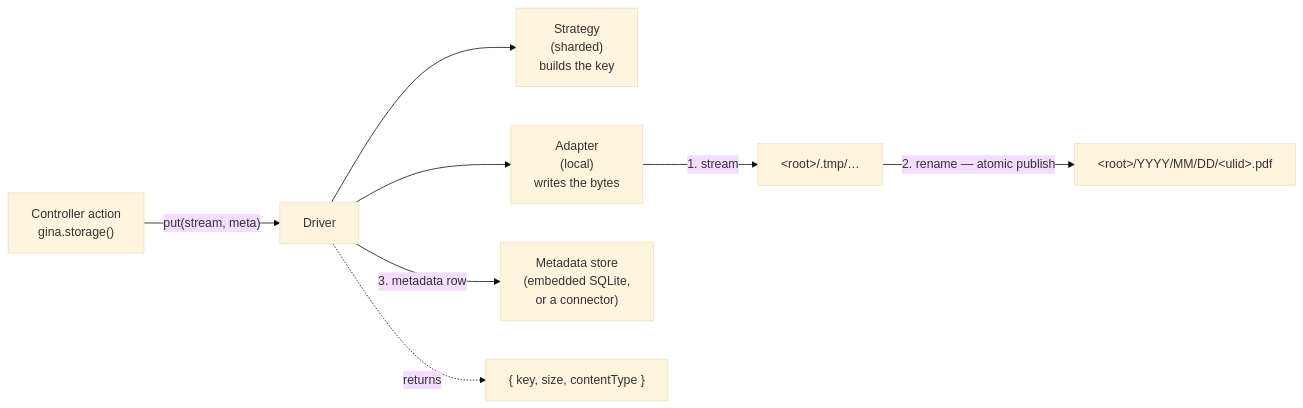
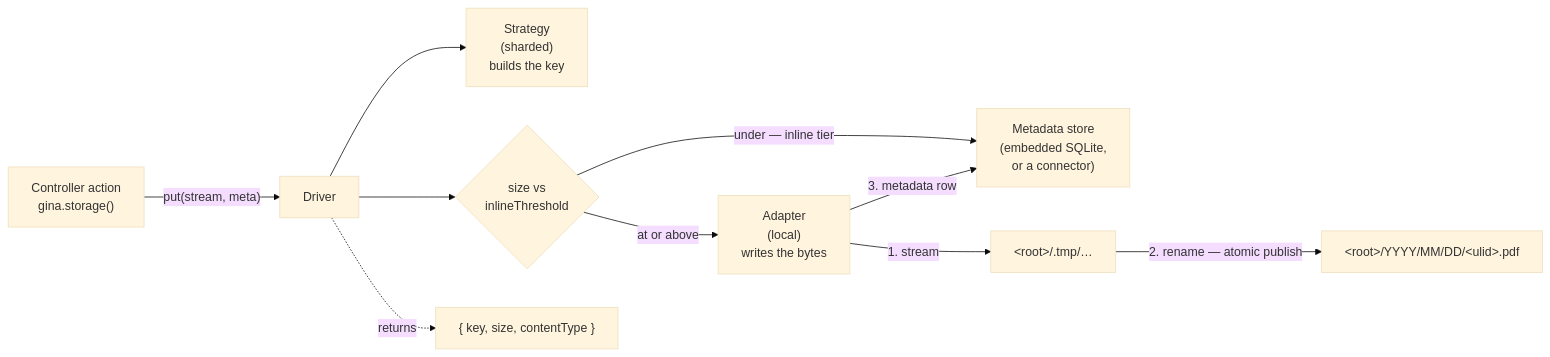
Before and after one commit to gina-io/docs: the diagram in docs/guides/storage.md, drawn with Mermaid (base theme). The commit also changed other lines of this file and 2 other files, not shown here.

Commit message:
Documenting storage size tiering: threshold config, inline-tier semantics, durability scope and the migration note

````diff
--- a/docs/guides/storage.md
+++ b/docs/guides/storage.md
@@ -28,10 +28,12 @@
 ```mermaid
 flowchart LR
     A["Controller action<br/>gina.storage()"] -->|"put(stream, meta)"| D[Driver]
     D --> S["Strategy<br/>(sharded)<br/>builds the key"]
-    D --> AD["Adapter<br/>(local)<br/>writes the bytes"]
+    D --> Q{"size vs<br/>inlineThreshold"}
+    Q -->|"under — inline tier"| M["Metadata store<br/>(embedded SQLite,<br/>or a connector)"]
+    Q -->|"at or above"| AD["Adapter<br/>(local)<br/>writes the bytes"]
     AD -->|"1. stream"| T["&lt;root&gt;/.tmp/…"]
     T -->|"2. rename — atomic publish"| F["&lt;root&gt;/YYYY/MM/DD/&lt;ulid&gt;.pdf"]
-    D -->|"3. metadata row"| M["Metadata store<br/>(embedded SQLite,<br/>or a connector)"]
+    AD -->|"3. metadata row"| M
     D -.->|"returns"| K["{ key, size, contentType }"]
 ```
````
